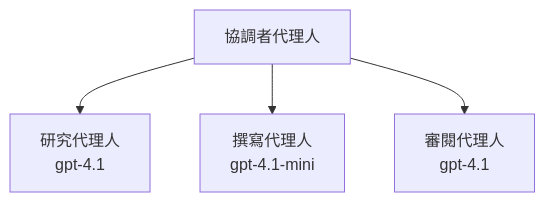
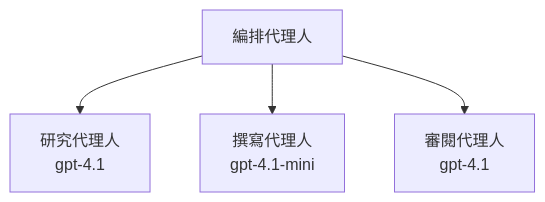
One commit to microsoft/AZD-for-beginners changed the third of 3 diagrams in translations/zh-TW/docs/chapter-02-ai-development/agents.md. Above: the diagram before and after it, drawn with Mermaid. The commit also changed other lines of this file and 61 other files, not shown here.

````diff
--- a/translations/zh-TW/docs/chapter-02-ai-development/agents.md
+++ b/translations/zh-TW/docs/chapter-02-ai-development/agents.md
@@ -201,6 +201,6 @@
 ```mermaid
 graph TD
-    Orchestrator[協調者代理人] --> Research[研究代理人<br/>gpt-4.1]
+    Orchestrator[編排代理人] --> Research[研究代理人<br/>gpt-4.1]
     Orchestrator --> Writer[撰寫代理人<br/>gpt-4.1-mini]
     Orchestrator --> Reviewer[審閱代理人<br/>gpt-4.1]
 ```
````
